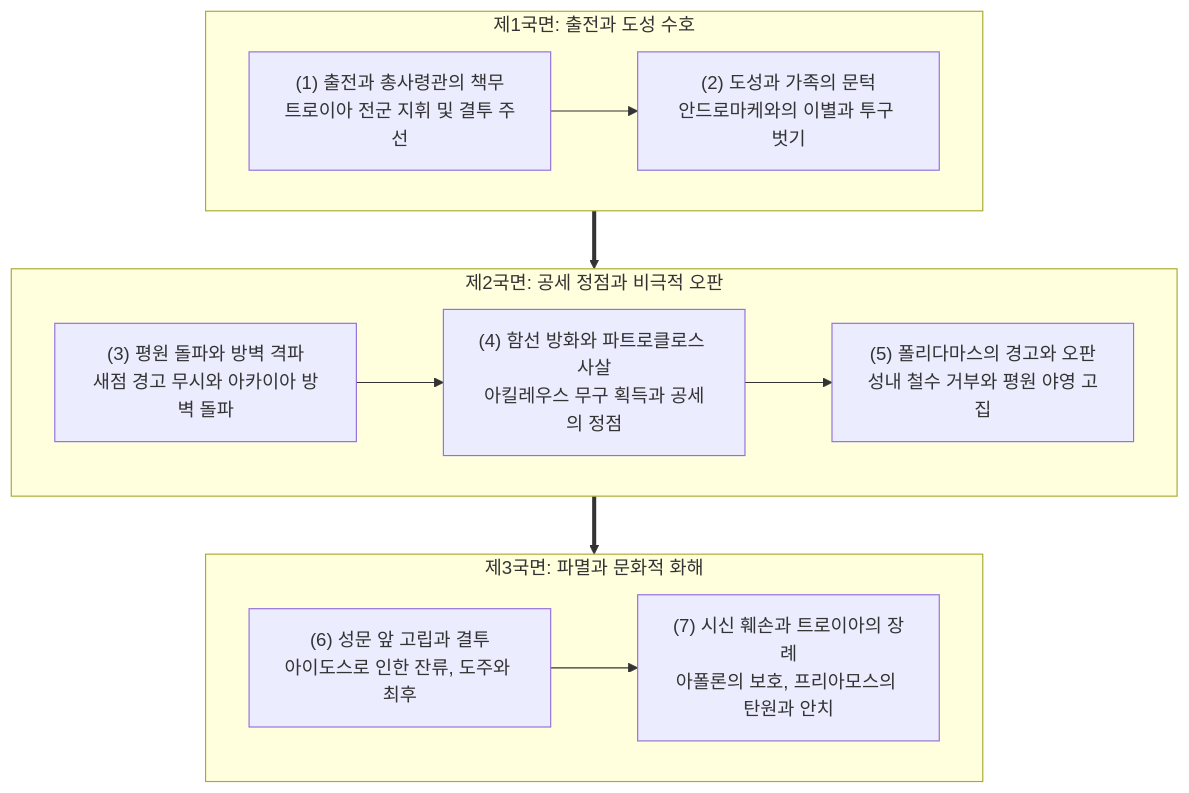
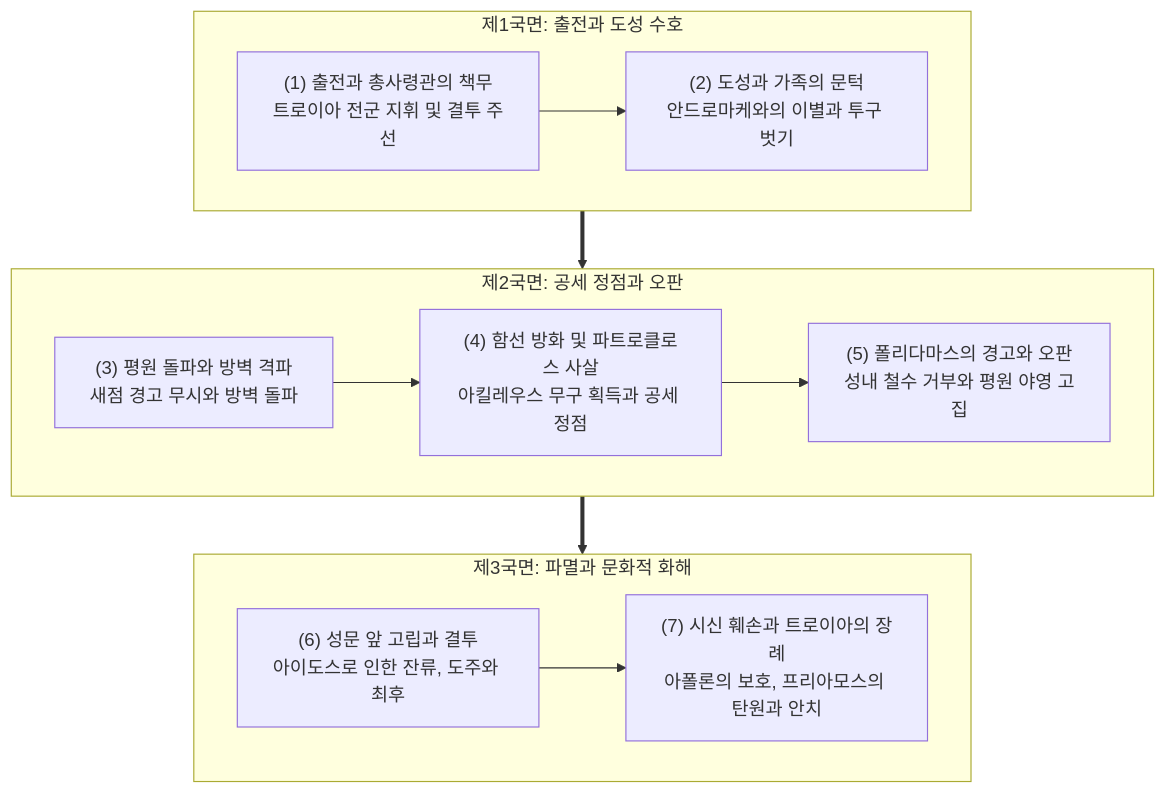
The first of 4 diagrams in wiki/entities/entity-hector.md (YgHnSIM/Homer_wiki), drawn with Mermaid before and after one commit. The commit also changed other lines of this file and 2 other files, not shown here.

Commit message:
fix(entities): 헥토르 머메이드 다이어그램 표제 겹침 및 레이아웃 교정

````diff
--- a/wiki/entities/entity-hector.md
+++ b/wiki/entities/entity-hector.md
@@ -71,19 +71,19 @@
 ```mermaid
 flowchart TD
     subgraph P1["제1국면: 출전과 도성 수호"]
         direction LR
         A["(1) 출전과 총사령관의 책무<br/>트로이아 전군 지휘 및 결투 주선"] --> B["(2) 도성과 가족의 문턱<br/>안드로마케와의 이별과 투구 벗기"]
     end
 
-    subgraph P2["제2국면: 공세 정점과 비극적 오판"]
+    subgraph P2["제2국면: 공세 정점과 오판"]
         direction LR
-        C["(3) 평원 돌파와 방벽 격파<br/>새점 경고 무시와 아카이아 방벽 돌파"] --> D["(4) 함선 방화와 파트로클로스 사살<br/>아킬레우스 무구 획득과 공세의 정점"] --> E["(5) 폴리다마스의 경고와 오판<br/>성내 철수 거부와 평원 야영 고집"]
+        C["(3) 평원 돌파와 방벽 격파<br/>새점 경고 무시와 방벽 돌파"] --> D["(4) 함선 방화 및 파트로클로스 사살<br/>아킬레우스 무구 획득과 공세 정점"] --> E["(5) 폴리다마스의 경고와 오판<br/>성내 철수 거부와 평원 야영 고집"]
     end
 
     subgraph P3["제3국면: 파멸과 문화적 화해"]
         direction LR
         F["(6) 성문 앞 고립과 결투<br/>아이도스로 인한 잔류, 도주와 최후"] --> G["(7) 시신 훼손과 트로이아의 장례<br/>아폴론의 보호, 프리아모스의 탄원과 안치"]
     end
 
     P1 ==> P2 ==> P3
 ```
````
